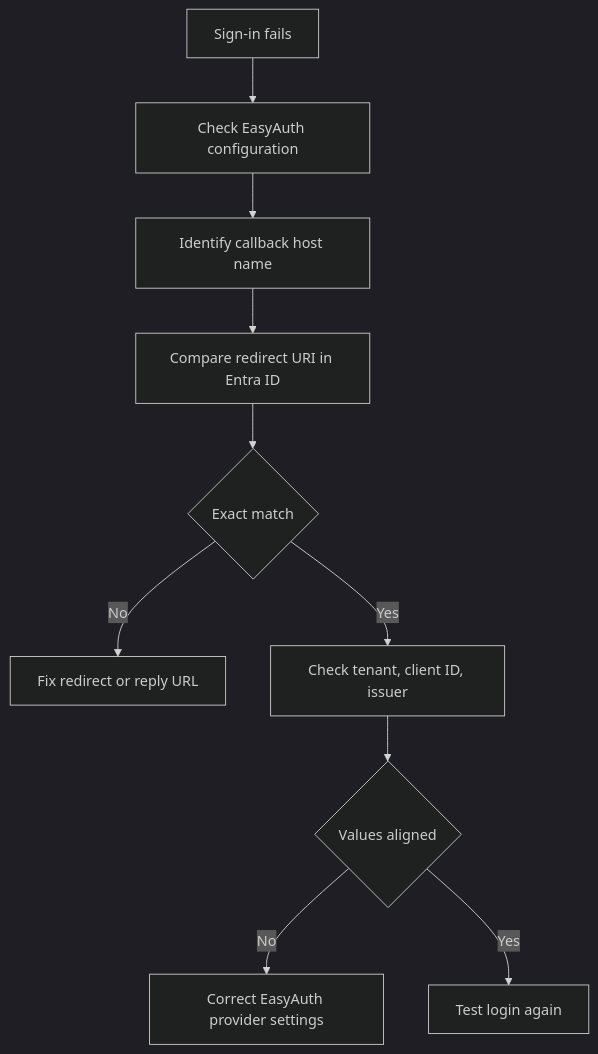
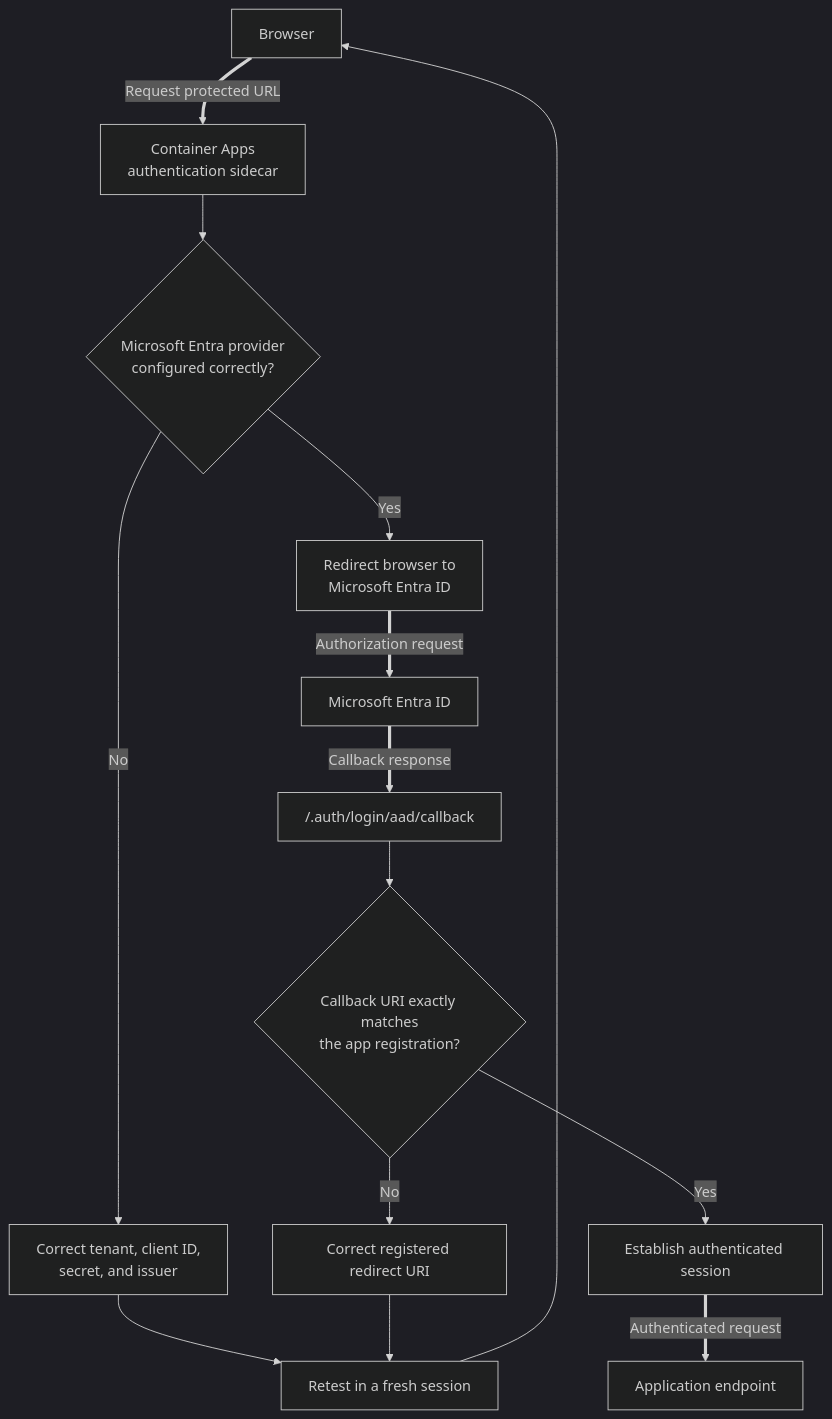
One commit to yeongseon/azure-container-apps-practical-guide changed the diagram in docs/troubleshooting/playbooks/platform-features/easyauth-entra-id-failure.md. Above: the diagram before and after it, drawn with Mermaid (dark theme). The commit also changed other lines of this file and 28 other files, not shown here.

Commit message:
docs(diagrams): migrate playbook diagnostic flows (#627)

````diff
--- a/docs/troubleshooting/playbooks/platform-features/easyauth-entra-id-failure.md
+++ b/docs/troubleshooting/playbooks/platform-features/easyauth-entra-id-failure.md
@@ -38,12 +38,19 @@
 ```mermaid
 flowchart TD
-    A[Sign-in fails] --> B[Check EasyAuth configuration]
-    B --> C[Identify callback host name]
-    C --> D[Compare redirect URI in Entra ID]
-    D --> E{Exact match}
-    E -->|No| F[Fix redirect or reply URL]
-    E -->|Yes| G[Check tenant, client ID, issuer]
-    G --> H{Values aligned}
-    H -->|No| I[Correct EasyAuth provider settings]
-    H -->|Yes| J[Test login again]
+    accTitle: Diagnose Microsoft Entra sign-in through built-in authentication
+    accDescr: Follow the browser request through Container Apps authentication to Microsoft Entra ID, verify the callback URI and provider identifiers, then confirm the authenticated request reaches the app.
+
+    CLIENT[Browser] ==>|Request protected URL| AUTH[Container Apps<br/>authentication sidecar]
+    AUTH --> CONFIG{Microsoft Entra provider<br/>configured correctly?}
+    CONFIG -->|No| PROVIDER[Correct tenant, client ID,<br/>secret, and issuer]
+    CONFIG -->|Yes| REDIRECT[Redirect browser to<br/>Microsoft Entra ID]
+    REDIRECT ==>|Authorization request| ENTRA[Microsoft Entra ID]
+    ENTRA ==>|Callback response| CALLBACK["/.auth/login/aad/callback"]
+    CALLBACK --> URI{Callback URI exactly matches<br/>the app registration?}
+    URI -->|No| REPLY[Correct registered redirect URI]
+    URI -->|Yes| SESSION[Establish authenticated session]
+    SESSION ==>|Authenticated request| APP[Application endpoint]
+    PROVIDER --> RETEST[Retest in a fresh session]
+    REPLY --> RETEST
+    RETEST --> CLIENT
 ```
````
